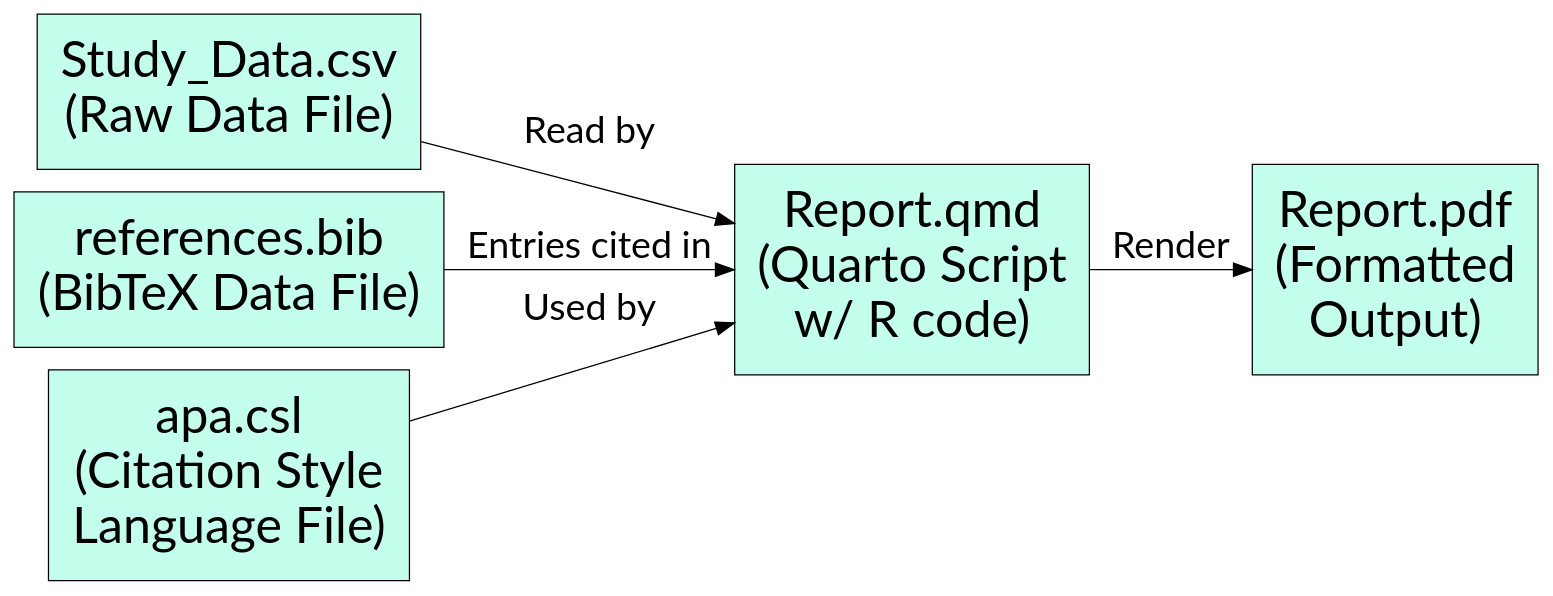
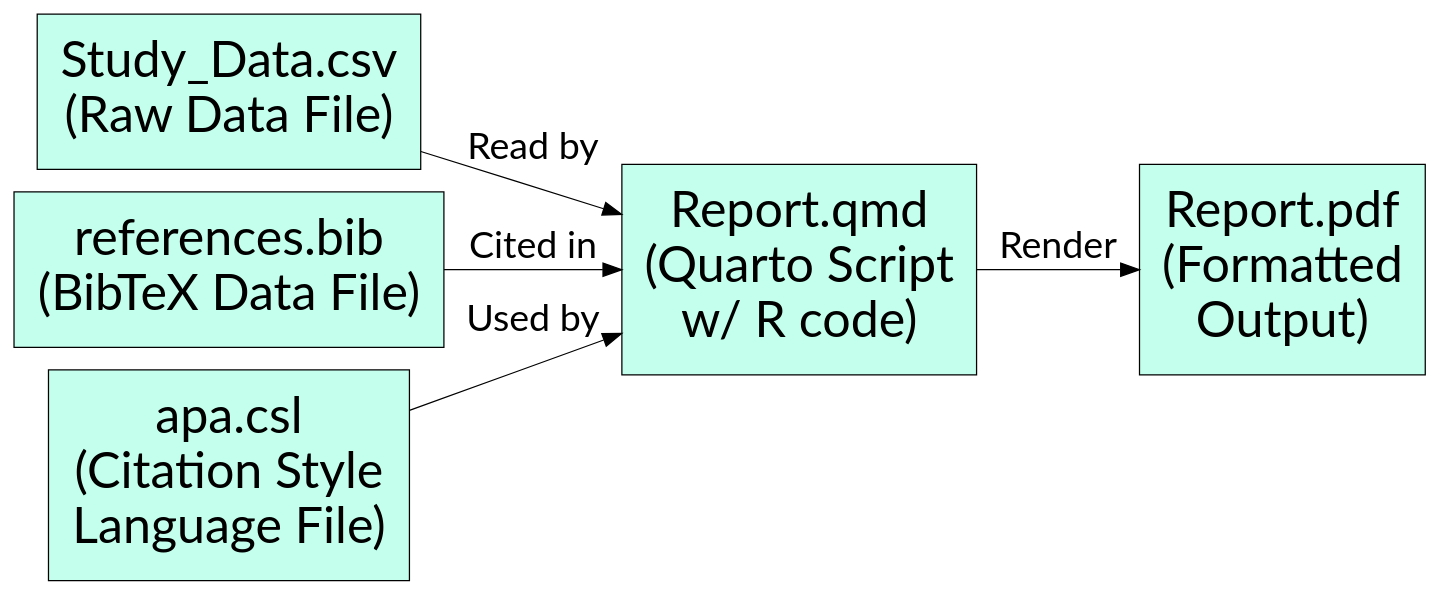
Before and after one commit to sjpierce/Pierce.AEA2024: the fourth of 5 diagrams in Slides.qmd, drawn with Graphviz.

Commit message:
Simplify edge label

````diff
--- a/Slides.qmd
+++ b/Slides.qmd
@@ -526,22 +526,22 @@
 ```{dot}
 //| fig-width: 10
 //| fig-height: 5
 digraph DynDoc {
 rankdir="LR";
 compound=true;
 
 node [shape = "box", style= "filled", fontname="Lato", fontsize="40pt", 
       fillcolor = "#C3FFEC", margin = .25]
 Data [label = "Study_Data.csv\n(Raw Data File)"]
 Quarto [label = "Report.qmd\n(Quarto Script\nw/ R code)"]
 BibTeX [label = "references.bib\n(BibTeX Data File)"]
 CSL [label = "apa.csl\n(Citation Style\nLanguage File)"]
 Report [label = "Report.pdf\n(Formatted\nOutput)"]
 
 edge [fontname="Lato", fontsize="30pt", arrowsize = 1.5]
 Data -> Quarto [label = "Read by"]
-BibTeX -> Quarto [label = "Entries cited in"]
+BibTeX -> Quarto [label = "Cited in"]
 CSL -> Quarto [label = "Used by"] 
 Quarto -> Report [label = "Render"] 
 }
 ```
````
